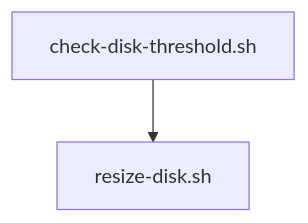
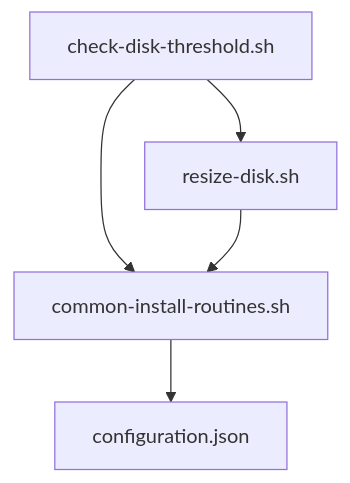
Before and after one commit to TAPPaaS/TAPPaaS: diagram 12 of 14 in src/foundation/DEPENDENCIES.md, drawn with Mermaid. The commit also changed other lines of this file and 3 other files, not shown here.

Commit message:
updated dependency graphs

````diff
--- a/src/foundation/DEPENDENCIES.md
+++ b/src/foundation/DEPENDENCIES.md
@@ -308,4 +373,7 @@
 ```mermaid
 graph TD
-    A["check-disk-threshold.sh"] --> B["resize-disk.sh"]
+    A["check-disk-threshold.sh"] --> B["common-install-routines.sh"]
+    A --> C["resize-disk.sh"]
+    B --> D["configuration.json"]
+    C --> B
 ```
````
